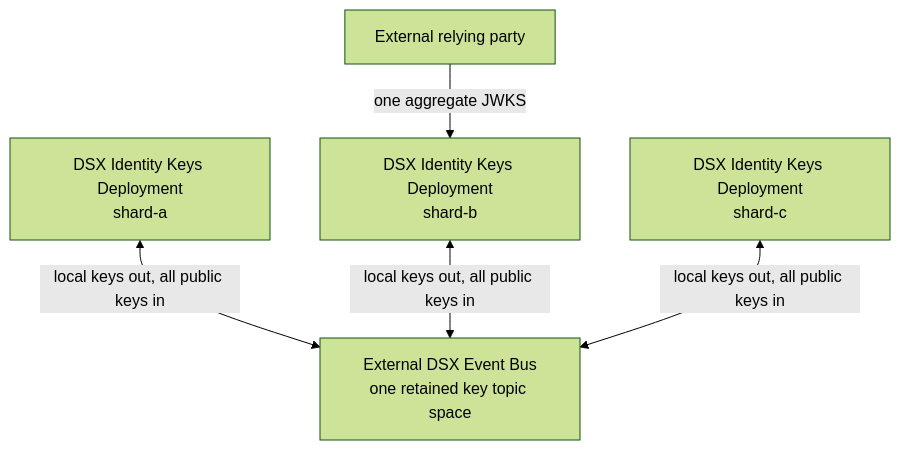
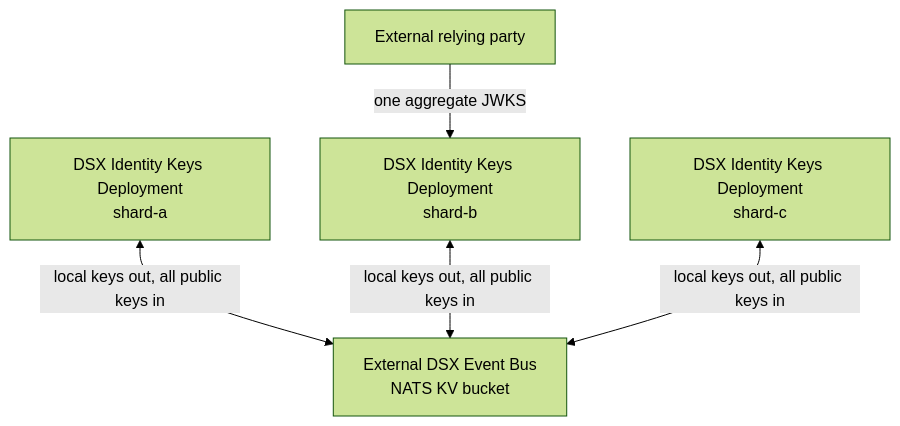
One commit to dsx-ai-factory/nvidia-workload-identity changed the first of 2 diagrams in cmd/dsx-identity-keys/README.md. Above: the diagram before and after it, drawn with Mermaid (forest theme). The commit also changed other lines of this file and 45 other files, not shown here.

````diff
--- a/cmd/dsx-identity-keys/README.md
+++ b/cmd/dsx-identity-keys/README.md
@@ -26,13 +23,13 @@
 ```mermaid
 flowchart TB
   RP["External relying party"]
   E1["DSX Identity Keys Deployment<br/>shard-a"]
   E2["DSX Identity Keys Deployment<br/>shard-b"]
   E3["DSX Identity Keys Deployment<br/>shard-c"]
-  BUS["External DSX Event Bus<br/>one retained key topic space"]
+  BUS["External DSX Event Bus<br/>NATS KV bucket"]
 
   RP -->|"one aggregate JWKS"| E2
   E1 <-->|"local keys out, all public keys in"| BUS
   E2 <-->|"local keys out, all public keys in"| BUS
   E3 <-->|"local keys out, all public keys in"| BUS
 ```
````
